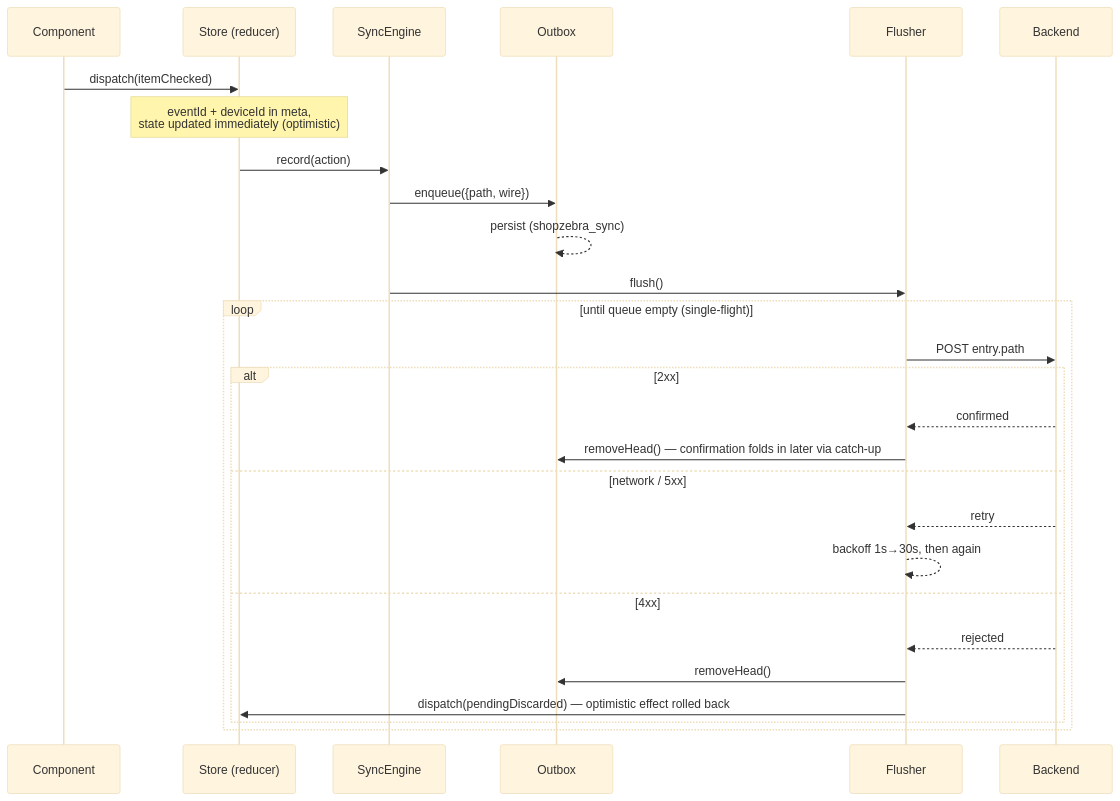
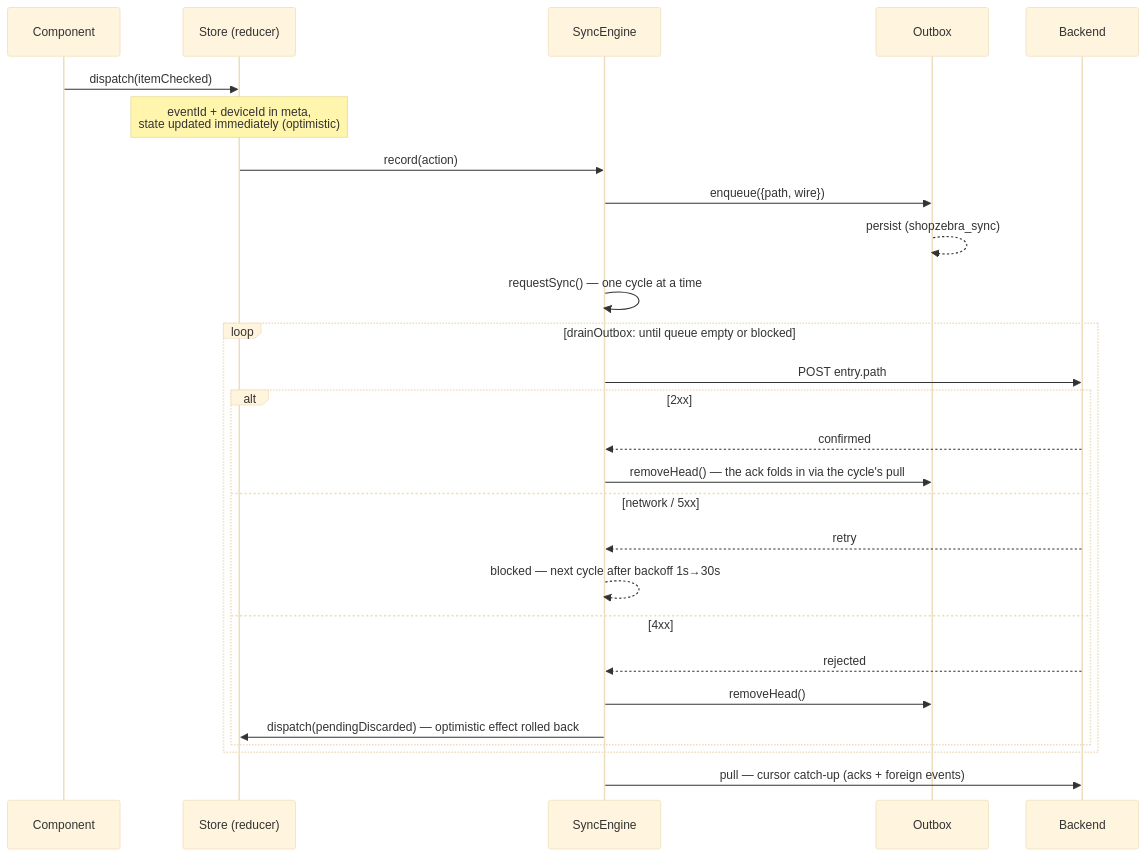
The third of 5 diagrams in apps/mobile/src/app/sync/README.md (chrba/shopzebra), drawn with Mermaid (base theme) before and after one commit. The commit also changed other lines of this file and 9 other files, not shown here.

Commit message:
feat: moved flusher to drainOutbox and sync on every action

````diff
--- a/apps/mobile/src/app/sync/README.md
+++ b/apps/mobile/src/app/sync/README.md
@@ -110,30 +110,30 @@
 ```mermaid
 sequenceDiagram
     participant C as Component
     participant S as Store (reducer)
     participant E as SyncEngine
     participant O as Outbox
-    participant F as Flusher
     participant B as Backend
 
     C->>S: dispatch(itemChecked)
     Note over S: eventId + deviceId in meta,<br/>state updated immediately (optimistic)
     S->>E: record(action)
     E->>O: enqueue({path, wire})
     O-->>O: persist (shopzebra_sync)
-    E->>F: flush()
-    loop until queue empty (single-flight)
-        F->>B: POST entry.path
+    E->>E: requestSync() — one cycle at a time
+    loop drainOutbox: until queue empty or blocked
+        E->>B: POST entry.path
         alt 2xx
-            B-->>F: confirmed
-            F->>O: removeHead() — confirmation folds in later via catch-up
+            B-->>E: confirmed
+            E->>O: removeHead() — the ack folds in via the cycle's pull
         else network / 5xx
-            B-->>F: retry
-            F-->>F: backoff 1s→30s, then again
+            B-->>E: retry
+            E-->>E: blocked — next cycle after backoff 1s→30s
         else 4xx
-            B-->>F: rejected
-            F->>O: removeHead()
-            F->>S: dispatch(pendingDiscarded) — optimistic effect rolled back
+            B-->>E: rejected
+            E->>O: removeHead()
+            E->>S: dispatch(pendingDiscarded) — optimistic effect rolled back
         end
     end
+    E->>B: pull — cursor catch-up (acks + foreign events)
 ```
````
